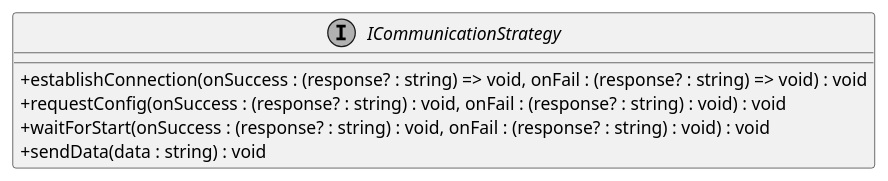
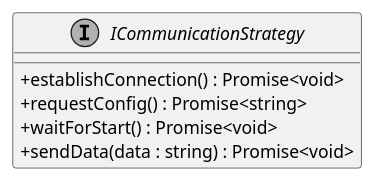
Before and after one commit to insightmind/MORR: the diagram in documents/sd/plantuml/application/BrowserExtension/BackGround/ICommunicationStrategy.puml, drawn with PlantUML. The commit also changed 3 other files, not shown here.

Commit message:
Updated plantUML to reflect changes made in puml *.puml

```diff
--- a/documents/sd/plantuml/application/BrowserExtension/BackGround/ICommunicationStrategy.puml
+++ b/documents/sd/plantuml/application/BrowserExtension/BackGround/ICommunicationStrategy.puml
@@ -1,12 +1,12 @@
 @startuml
 skinparam linetype ortho
 skinparam monochrome true
 skinparam classAttributeIconSize 0
 
 interface ICommunicationStrategy {
-    + establishConnection(onSuccess : (response? : string) => void, onFail : (response? : string) => void) : void
-    + requestConfig(onSuccess : (response? : string) : void, onFail : (response? : string) : void) : void
-    + waitForStart(onSuccess : (response? : string) : void, onFail : (response? : string) : void) : void
-    + sendData(data : string) : void
+    + establishConnection() : Promise<void>
+    + requestConfig() : Promise<string>
+    + waitForStart() : Promise<void>
+    + sendData(data : string) : Promise<void>
 }
 @enduml
```
